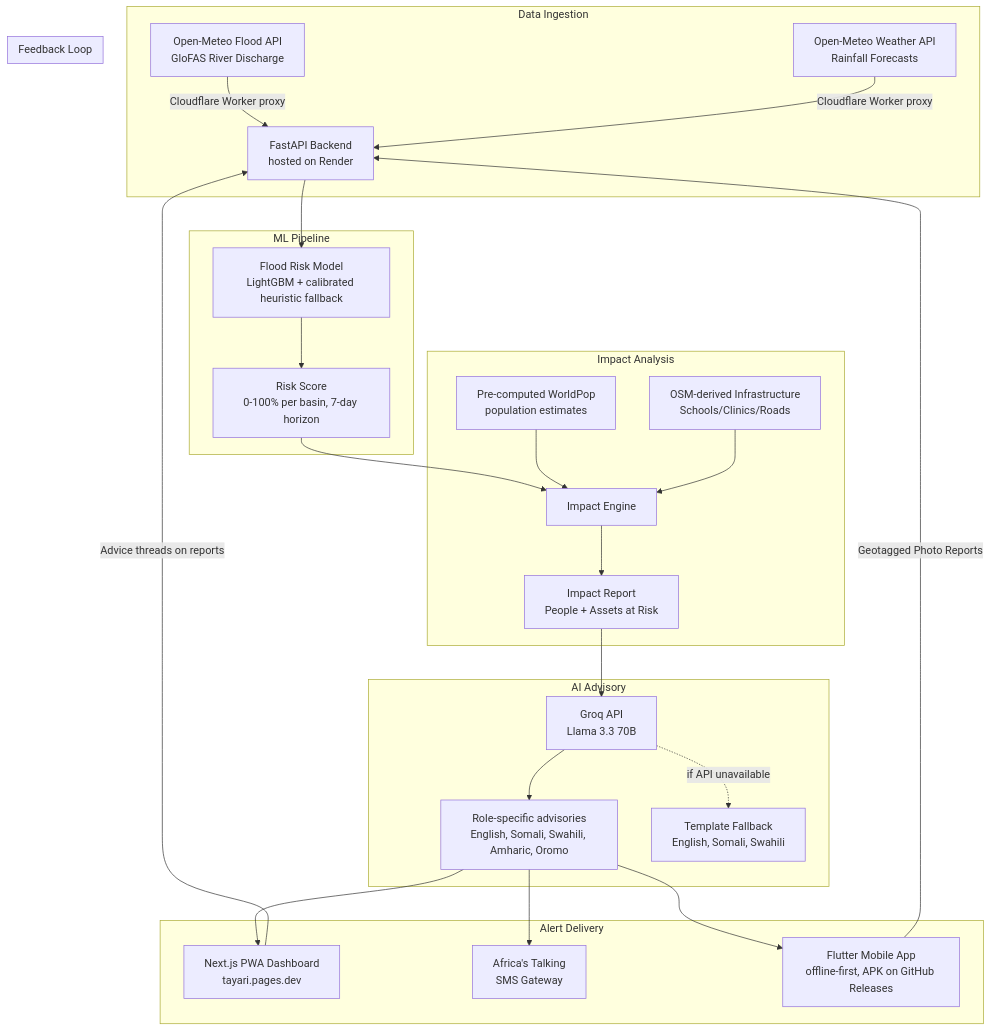
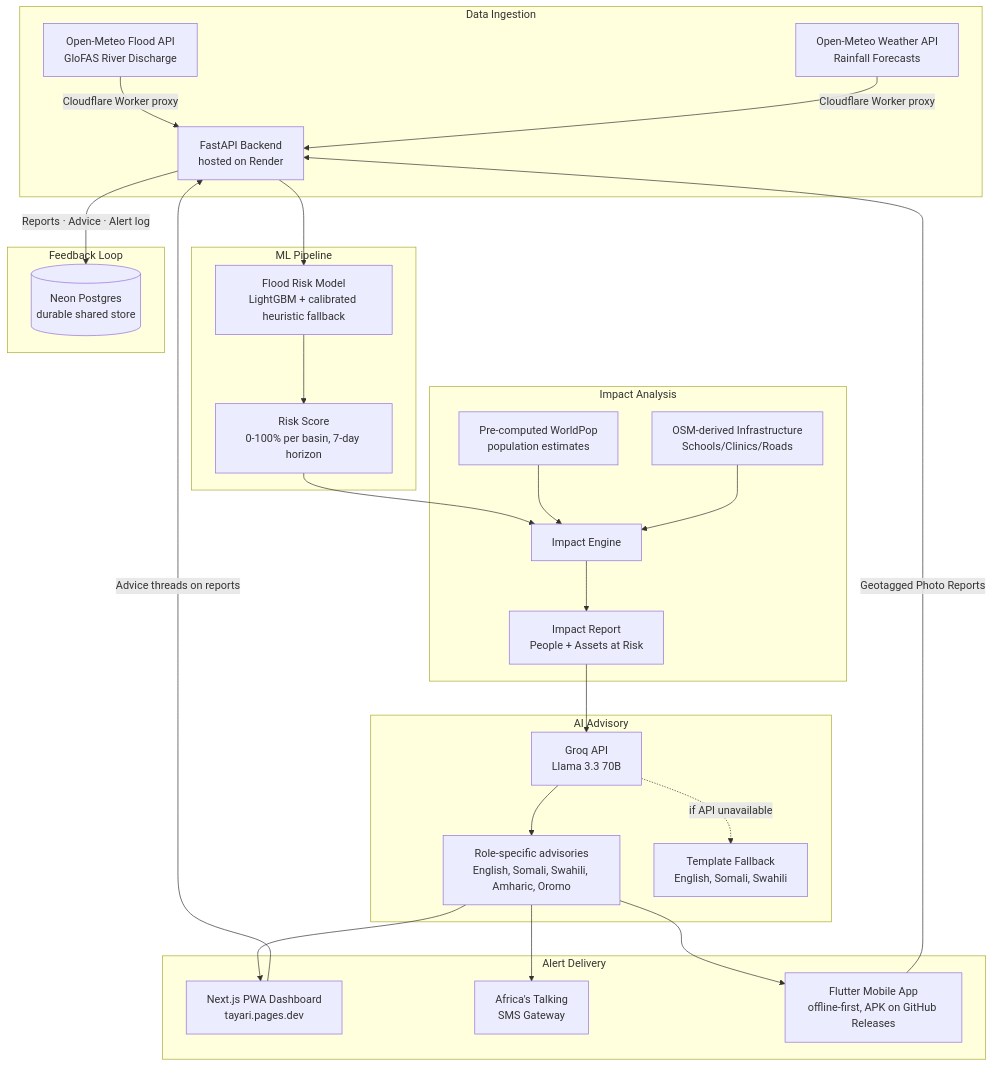
Before and after one commit to Raul909/Tayari: the diagram in README.md, drawn with Mermaid. The commit also changed other lines of this file and 39 other files, not shown here.

````diff
--- a/README.md
+++ b/README.md
@@ -43,36 +43,37 @@
 ```mermaid
 graph TD
     subgraph Data Ingestion
         A[Open-Meteo Flood API<br/>GloFAS River Discharge] -->|Cloudflare Worker proxy| B[FastAPI Backend<br/>hosted on Render]
         A2[Open-Meteo Weather API<br/>Rainfall Forecasts] -->|Cloudflare Worker proxy| B
     end
 
     subgraph ML Pipeline
         B --> C[Flood Risk Model<br/>LightGBM + calibrated heuristic fallback]
         C --> D[Risk Score<br/>0-100% per basin, 7-day horizon]
     end
 
     subgraph Impact Analysis
         D --> E[Impact Engine]
         F[Pre-computed WorldPop<br/>population estimates] --> E
         G[OSM-derived Infrastructure<br/>Schools/Clinics/Roads] --> E
         E --> H[Impact Report<br/>People + Assets at Risk]
     end
 
     subgraph AI Advisory
         H --> I[Groq API<br/>Llama 3.3 70B]
         I --> J[Role-specific advisories<br/>English, Somali, Swahili, Amharic, Oromo]
         I -.->|if API unavailable| T[Template Fallback<br/>English, Somali, Swahili]
     end
 
     subgraph Alert Delivery
         J --> K[Next.js PWA Dashboard<br/>tayari.pages.dev]
         J --> L[Africa's Talking<br/>SMS Gateway]
         J --> M[Flutter Mobile App<br/>offline-first, APK on GitHub Releases]
     end
 
     subgraph Feedback Loop
         M -->|Geotagged Photo Reports| B
         K -->|Advice threads on reports| B
+        B -->|Reports · Advice · Alert log| DB[(Neon Postgres<br/>durable shared store)]
     end
 ```
````
